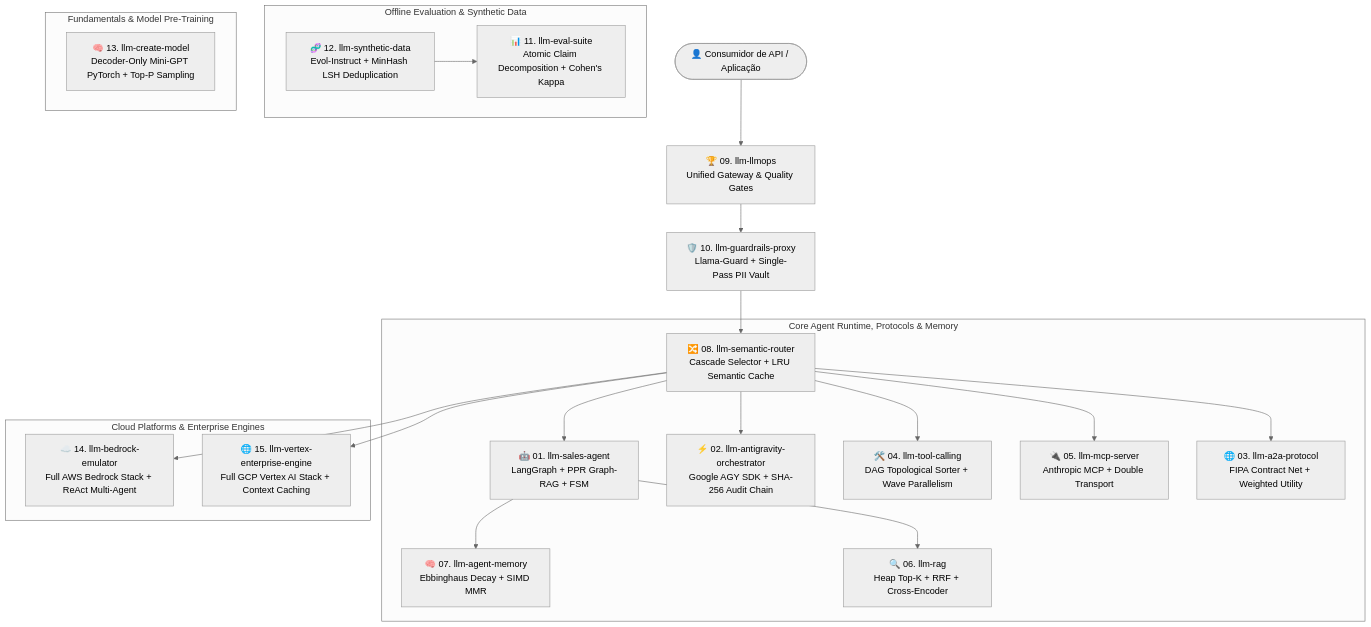
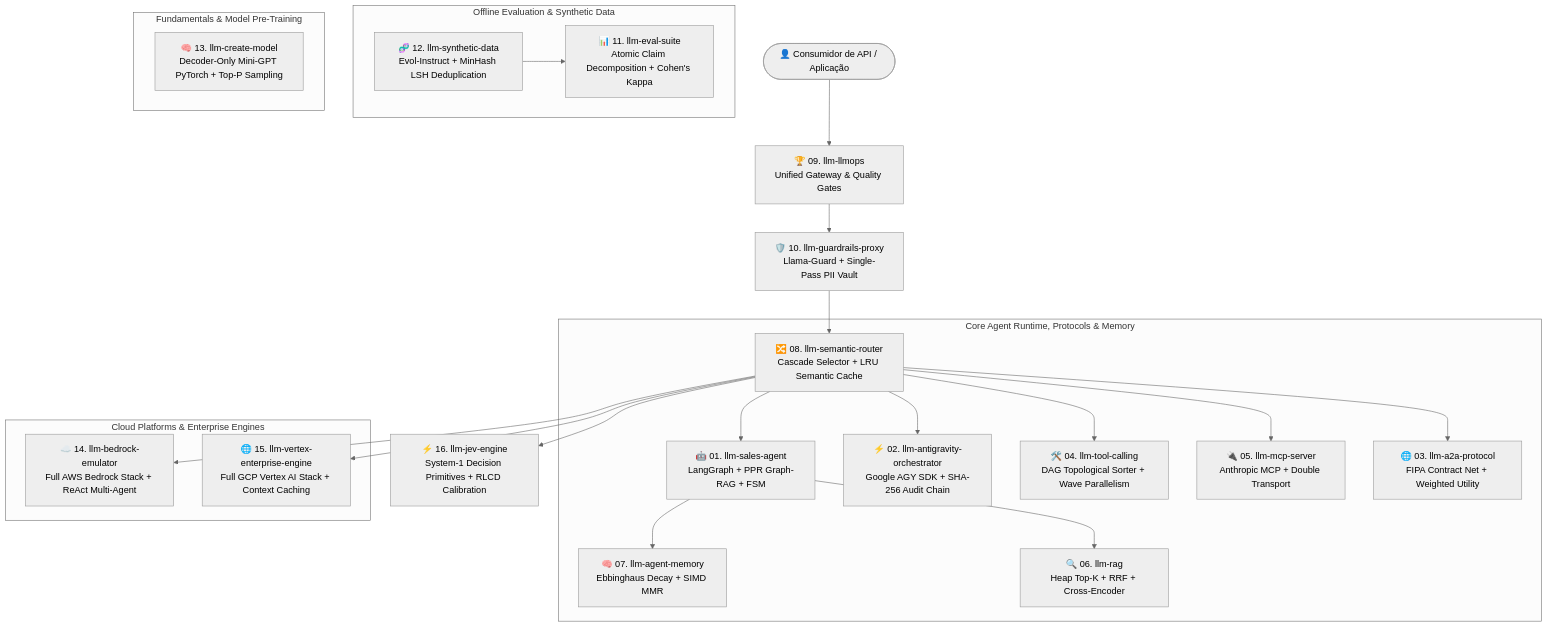
One commit to cayoesn/cayoesn changed the diagram in README.md. Above: the diagram before and after it, drawn with Mermaid (neutral theme). The commit also changed other lines of this file, not shown here.

Commit message:
docs(portfolio): add project 16 llm-jev-engine System-1 Decision Engine

````diff
--- a/README.md
+++ b/README.md
@@ -54,30 +56,31 @@
 ```mermaid
 graph TD
     Client([👤 Consumidor de API / Aplicação]) --> LLMOpsGateway[🏆 09. llm-llmops<br/>Unified Gateway & Quality Gates]
     LLMOpsGateway --> Guardrails[🛡️ 10. llm-guardrails-proxy<br/>Llama-Guard + Single-Pass PII Vault]
     Guardrails --> Router[🔀 08. llm-semantic-router<br/>Cascade Selector + LRU Semantic Cache]
+    Router --> JevEngine[⚡ 16. llm-jev-engine<br/>System-1 Decision Primitives + RLCD Calibration]
     
     subgraph "Core Agent Runtime, Protocols & Memory"
         Router --> SalesAgent[🤖 01. llm-sales-agent<br/>LangGraph + PPR Graph-RAG + FSM]
         Router --> Orchestrator[⚡ 02. llm-antigravity-orchestrator<br/>Google AGY SDK + SHA-256 Audit Chain]
         Router --> ToolCalling[🛠️ 04. llm-tool-calling<br/>DAG Topological Sorter + Wave Parallelism]
         Router --> MCPServer[🔌 05. llm-mcp-server<br/>Anthropic MCP + Double Transport]
         Router --> A2A[🌐 03. llm-a2a-protocol<br/>FIPA Contract Net + Weighted Utility]
         
         SalesAgent --> Memory[🧠 07. llm-agent-memory<br/>Ebbinghaus Decay + SIMD MMR]
         SalesAgent --> RAG[🔍 06. llm-rag<br/>Heap Top-K + RRF + Cross-Encoder]
     end
 
     subgraph "Cloud Platforms & Enterprise Engines"
         Router --> BedrockEmulator[☁️ 14. llm-bedrock-emulator<br/>Full AWS Bedrock Stack + ReAct Multi-Agent]
         Router --> VertexEngine[🌐 15. llm-vertex-enterprise-engine<br/>Full GCP Vertex AI Stack + Context Caching]
     end
 
     subgraph "Offline Evaluation & Synthetic Data"
         Synthetic[🧬 12. llm-synthetic-data<br/>Evol-Instruct + MinHash LSH Deduplication] --> Eval[📊 11. llm-eval-suite<br/>Atomic Claim Decomposition + Cohen's Kappa]
     end
 
     subgraph "Fundamentals & Model Pre-Training"
         CreateModel[🧠 13. llm-create-model<br/>Decoder-Only Mini-GPT PyTorch + Top-P Sampling]
     end
 ```
````
